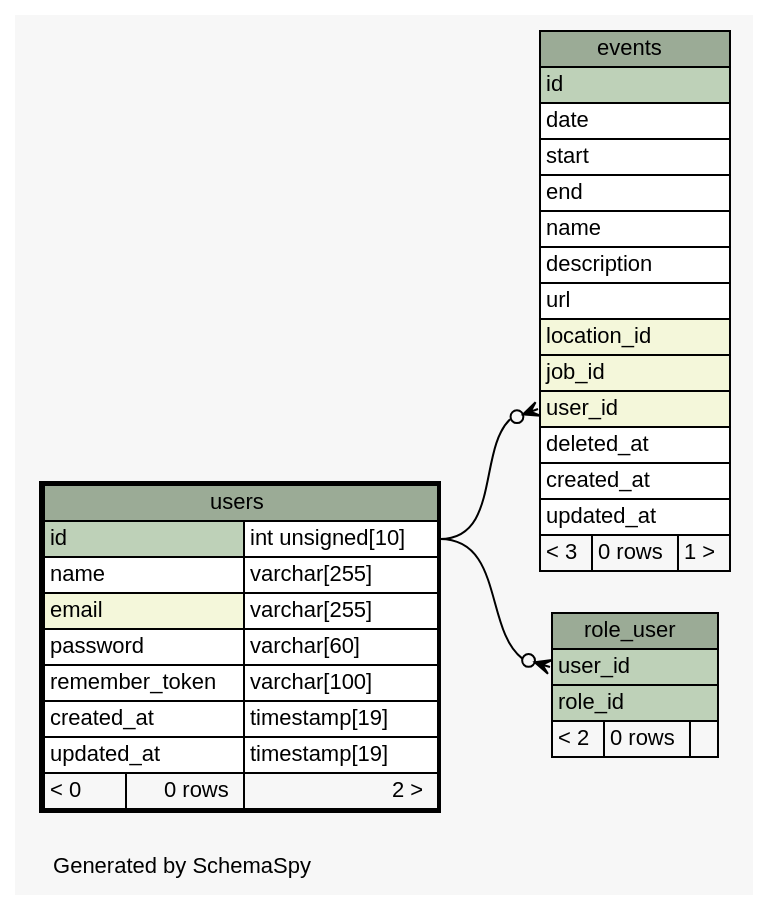
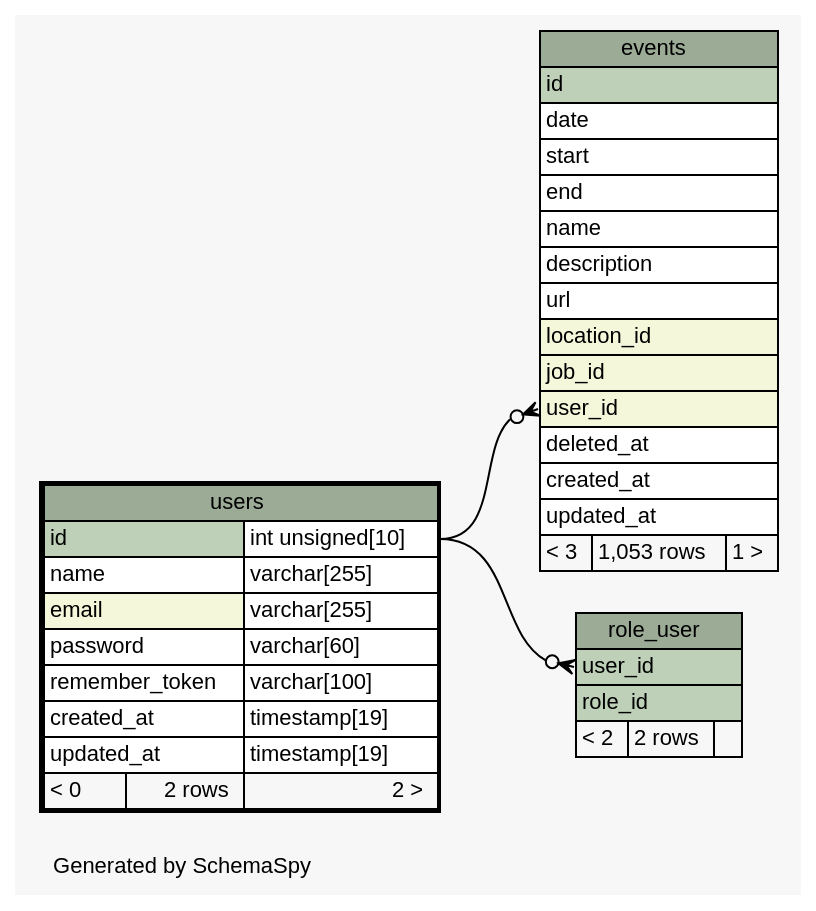
The diagram in docs/diagrams/users.1degree.dot (g0v/poli-radar-api), drawn with Graphviz before and after one commit. The commit also changed 105 other files, not shown here.

Commit message:
updated diagram

```diff
--- a/docs/diagrams/users.1degree.dot
+++ b/docs/diagrams/users.1degree.dot
@@ -1,73 +1,73 @@
 // dot 2.28.0 on Windows 10 10.0
 // SchemaSpy rev 590
 digraph "oneDegreeRelationshipsDiagram" {
   graph [
     rankdir="RL"
     bgcolor="#f7f7f7"
     label="\nGenerated by SchemaSpy"
     labeljust="l"
     nodesep="0.18"
     ranksep="0.46"
     fontname="Helvetica"
     fontsize="11"
   ];
   node [
     fontname="Helvetica"
     fontsize="11"
     shape="plaintext"
   ];
   edge [
     arrowsize="0.8"
   ];
   "events":"user_id":w -> "users":"id.type":e [arrowhead=none dir=back arrowtail=crowodot];
   "role_user":"user_id":w -> "users":"id.type":e [arrowhead=none dir=back arrowtail=crowodot];
   "events" [
     label=<
     <TABLE BORDER="0" CELLBORDER="1" CELLSPACING="0" BGCOLOR="#ffffff">
       <TR><TD COLSPAN="3" BGCOLOR="#9bab96" ALIGN="CENTER">events</TD></TR>
       <TR><TD PORT="id" COLSPAN="3" BGCOLOR="#bed1b8" ALIGN="LEFT">id</TD></TR>
       <TR><TD PORT="date" COLSPAN="3" ALIGN="LEFT">date</TD></TR>
       <TR><TD PORT="start" COLSPAN="3" ALIGN="LEFT">start</TD></TR>
       <TR><TD PORT="end" COLSPAN="3" ALIGN="LEFT">end</TD></TR>
       <TR><TD PORT="name" COLSPAN="3" ALIGN="LEFT">name</TD></TR>
       <TR><TD PORT="description" COLSPAN="3" ALIGN="LEFT">description</TD></TR>
       <TR><TD PORT="url" COLSPAN="3" ALIGN="LEFT">url</TD></TR>
       <TR><TD PORT="location_id" COLSPAN="3" BGCOLOR="#f4f7da" ALIGN="LEFT">location_id</TD></TR>
       <TR><TD PORT="job_id" COLSPAN="3" BGCOLOR="#f4f7da" ALIGN="LEFT">job_id</TD></TR>
       <TR><TD PORT="user_id" COLSPAN="3" BGCOLOR="#f4f7da" ALIGN="LEFT">user_id</TD></TR>
       <TR><TD PORT="deleted_at" COLSPAN="3" ALIGN="LEFT">deleted_at</TD></TR>
       <TR><TD PORT="created_at" COLSPAN="3" ALIGN="LEFT">created_at</TD></TR>
       <TR><TD PORT="updated_at" COLSPAN="3" ALIGN="LEFT">updated_at</TD></TR>
-      <TR><TD ALIGN="LEFT" BGCOLOR="#f7f7f7">&lt; 3</TD><TD ALIGN="RIGHT" BGCOLOR="#f7f7f7">0 rows</TD><TD ALIGN="RIGHT" BGCOLOR="#f7f7f7">1 &gt;</TD></TR>
+      <TR><TD ALIGN="LEFT" BGCOLOR="#f7f7f7">&lt; 3</TD><TD ALIGN="RIGHT" BGCOLOR="#f7f7f7">1,053 rows</TD><TD ALIGN="RIGHT" BGCOLOR="#f7f7f7">1 &gt;</TD></TR>
     </TABLE>>
     URL="events.html"
     tooltip="events"
   ];
   "role_user" [
     label=<
     <TABLE BORDER="0" CELLBORDER="1" CELLSPACING="0" BGCOLOR="#ffffff">
       <TR><TD COLSPAN="3" BGCOLOR="#9bab96" ALIGN="CENTER">role_user</TD></TR>
       <TR><TD PORT="user_id" COLSPAN="3" BGCOLOR="#bed1b8" ALIGN="LEFT">user_id</TD></TR>
       <TR><TD PORT="role_id" COLSPAN="3" BGCOLOR="#bed1b8" ALIGN="LEFT">role_id</TD></TR>
-      <TR><TD ALIGN="LEFT" BGCOLOR="#f7f7f7">&lt; 2</TD><TD ALIGN="RIGHT" BGCOLOR="#f7f7f7">0 rows</TD><TD ALIGN="RIGHT" BGCOLOR="#f7f7f7">  </TD></TR>
+      <TR><TD ALIGN="LEFT" BGCOLOR="#f7f7f7">&lt; 2</TD><TD ALIGN="RIGHT" BGCOLOR="#f7f7f7">2 rows</TD><TD ALIGN="RIGHT" BGCOLOR="#f7f7f7">  </TD></TR>
     </TABLE>>
     URL="role_user.html"
     tooltip="role_user"
   ];
   "users" [
     label=<
     <TABLE BORDER="2" CELLBORDER="1" CELLSPACING="0" BGCOLOR="#ffffff">
       <TR><TD COLSPAN="3" BGCOLOR="#9bab96" ALIGN="CENTER">users</TD></TR>
       <TR><TD PORT="id" COLSPAN="2" BGCOLOR="#bed1b8" ALIGN="LEFT">id</TD><TD PORT="id.type" ALIGN="LEFT">int unsigned[10]</TD></TR>
       <TR><TD PORT="name" COLSPAN="2" ALIGN="LEFT">name</TD><TD PORT="name.type" ALIGN="LEFT">varchar[255]</TD></TR>
       <TR><TD PORT="email" COLSPAN="2" BGCOLOR="#f4f7da" ALIGN="LEFT">email</TD><TD PORT="email.type" ALIGN="LEFT">varchar[255]</TD></TR>
       <TR><TD PORT="password" COLSPAN="2" ALIGN="LEFT">password</TD><TD PORT="password.type" ALIGN="LEFT">varchar[60]</TD></TR>
       <TR><TD PORT="remember_token" COLSPAN="2" ALIGN="LEFT">remember_token</TD><TD PORT="remember_token.type" ALIGN="LEFT">varchar[100]</TD></TR>
       <TR><TD PORT="created_at" COLSPAN="2" ALIGN="LEFT">created_at</TD><TD PORT="created_at.type" ALIGN="LEFT">timestamp[19]</TD></TR>
       <TR><TD PORT="updated_at" COLSPAN="2" ALIGN="LEFT">updated_at</TD><TD PORT="updated_at.type" ALIGN="LEFT">timestamp[19]</TD></TR>
-      <TR><TD ALIGN="LEFT" BGCOLOR="#f7f7f7">&lt; 0</TD><TD ALIGN="RIGHT" BGCOLOR="#f7f7f7">0 rows</TD><TD ALIGN="RIGHT" BGCOLOR="#f7f7f7">2 &gt;</TD></TR>
+      <TR><TD ALIGN="LEFT" BGCOLOR="#f7f7f7">&lt; 0</TD><TD ALIGN="RIGHT" BGCOLOR="#f7f7f7">2 rows</TD><TD ALIGN="RIGHT" BGCOLOR="#f7f7f7">2 &gt;</TD></TR>
     </TABLE>>
     URL="users.html"
     tooltip="users"
   ];
 }
```
